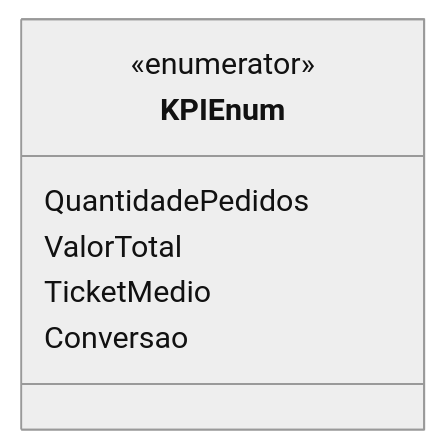
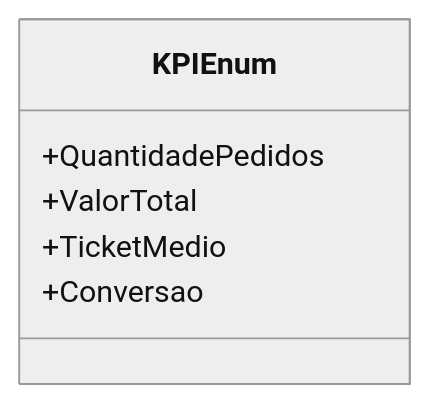
The diagram in docs/b2b-dominio/IsthmusWinthor.Nucleo/IsthmusWinthor.Dominio/Enumeradores/KPIEnum.md (IsthmusSistemas/documentacao-tecnica), drawn with Mermaid (neutral theme) before and after one commit. The commit also changed other lines of this file and 882 other files, not shown here.

````diff
--- a/docs/b2b-dominio/IsthmusWinthor.Nucleo/IsthmusWinthor.Dominio/Enumeradores/KPIEnum.md
+++ b/docs/b2b-dominio/IsthmusWinthor.Nucleo/IsthmusWinthor.Dominio/Enumeradores/KPIEnum.md
@@ -12,10 +12,9 @@
 ```mermaid
 classDiagram
     class KPIEnum {
-        <<enumerator>>
-        QuantidadePedidos
-        ValorTotal 
-        TicketMedio
-        Conversao
+        +QuantidadePedidos
+        +ValorTotal
+        +TicketMedio
+        +Conversao
     }
 ```
````
